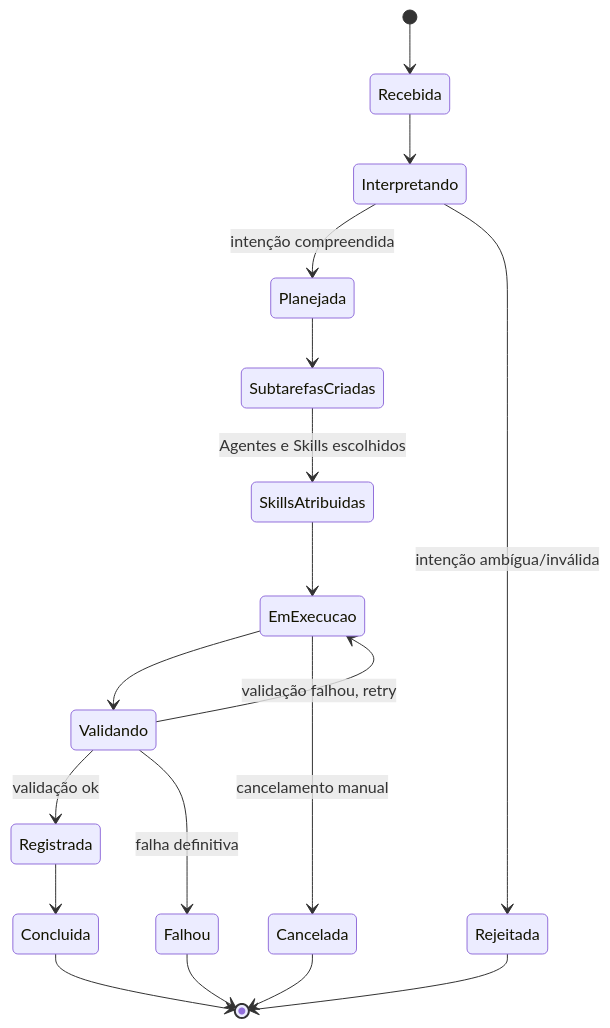
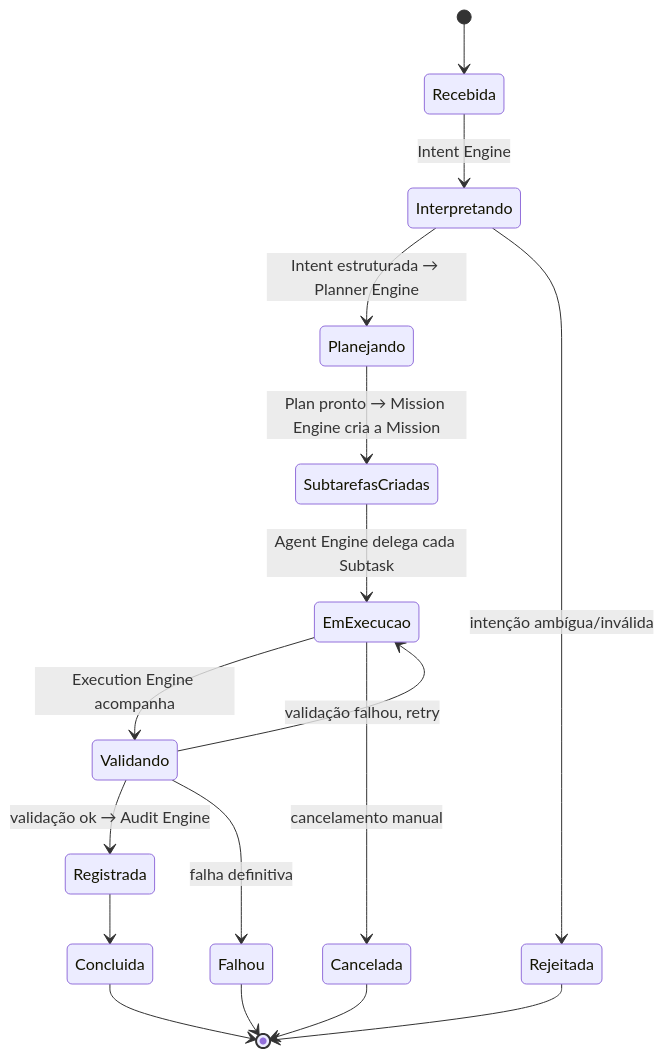
The second of 2 diagrams in docs/architecture/ARCHITECTURE.md (FelipeGat/Project-SIGMA), drawn with Mermaid before and after one commit. The commit also changed other lines of this file and 47 other files, not shown here.

````diff
--- a/docs/architecture/ARCHITECTURE.md
+++ b/docs/architecture/ARCHITECTURE.md
@@ -88,20 +121,19 @@
 ```mermaid
 stateDiagram-v2
     [*] --> Recebida
-    Recebida --> Interpretando
-    Interpretando --> Planejada: intenção compreendida
+    Recebida --> Interpretando: Intent Engine
+    Interpretando --> Planejando: Intent estruturada → Planner Engine
     Interpretando --> Rejeitada: intenção ambígua/inválida
-    Planejada --> SubtarefasCriadas
-    SubtarefasCriadas --> SkillsAtribuidas: Agentes e Skills escolhidos
-    SkillsAtribuidas --> EmExecucao
-    EmExecucao --> Validando
-    Validando --> Registrada: validação ok
+    Planejando --> SubtarefasCriadas: Plan pronto → Mission Engine cria a Mission
+    SubtarefasCriadas --> EmExecucao: Agent Engine delega cada Subtask
+    EmExecucao --> Validando: Execution Engine acompanha
     Validando --> EmExecucao: validação falhou, retry
+    Validando --> Registrada: validação ok → Audit Engine
     Validando --> Falhou: falha definitiva
     Registrada --> Concluida
     Falhou --> [*]
     Rejeitada --> [*]
     Concluida --> [*]
     EmExecucao --> Cancelada: cancelamento manual
     Cancelada --> [*]
 ```
````
